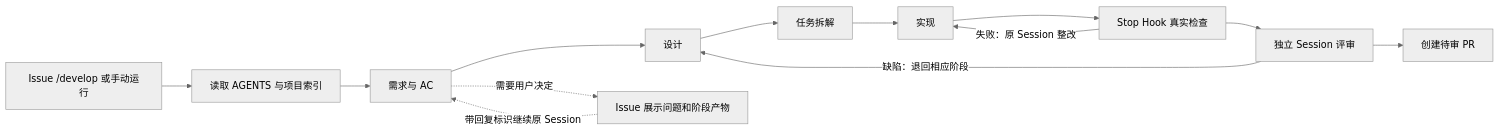
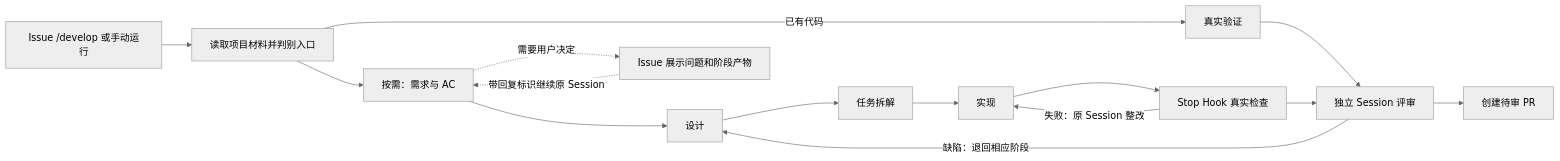
One commit to big91987/he_skeleton changed the diagram in README.md. Above: the diagram before and after it, drawn with Mermaid (neutral theme). The commit also changed 11 other files, not shown here.

````diff
--- a/README.md
+++ b/README.md
@@ -21,15 +21,17 @@
 ```mermaid
 flowchart LR
-  I[Issue /develop 或手动运行] --> E[读取 AGENTS 与项目索引]
-  E --> R[需求与 AC]
+  I[Issue /develop 或手动运行] --> E[读取项目材料并判别入口]
+  E --> R[按需：需求与 AC]
+  E -- 已有代码 --> CHECK[真实验证]
+  CHECK --> V
   R --> D[设计]
   D --> P[任务拆解]
   P --> C[实现]
   C --> H[Stop Hook 真实检查]
   H -- 失败：原 Session 整改 --> C
   H --> V[独立 Session 评审]
   V -- 缺陷：退回相应阶段 --> D
   V --> PR[创建待审 PR]
   R -. 需要用户决定 .-> Q[Issue 展示问题和阶段产物]
   Q -. 带回复标识继续原 Session .-> R
 ```
````
